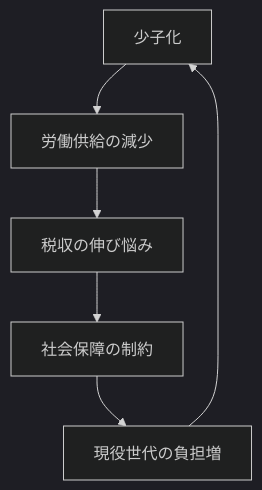
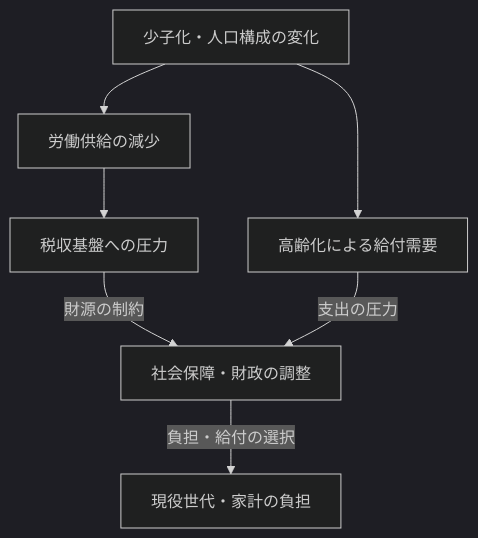
One commit to daylight55/research changed the diagram in articles/report/japan-fiscal-welfare-demographics/ja/index.mdx. Above: the diagram before and after it, drawn with Mermaid (dark theme). The commit also changed 181 other files, not shown here.

First line of the commit message:
全記事の図解368点を再生成し、共通注意書きを削除 (#402)

````diff
--- a/articles/report/japan-fiscal-welfare-demographics/ja/index.mdx
+++ b/articles/report/japan-fiscal-welfare-demographics/ja/index.mdx
@@ -36,8 +36,17 @@
 ```mermaid
 flowchart TD
-  A["少子化"] --> B["労働供給の減少"]
-  B --> C["税収の伸び悩み"]
-  C --> D["社会保障の制約"]
-  D --> E["現役世代の負担増"]
-  E --> A
+  accTitle: 人口変化が税・社会保障・家計へ及ぼす圧力
+  accDescr: 労働供給と税収基盤、高齢化に伴う給付、現役世代の負担を分けて読む。少子化の原因を負担だけに還元しない。
+  N0["少子化・人口構成の変化"]
+  N1["労働供給の減少"]
+  N2["税収基盤への圧力"]
+  N3["高齢化による給付需要"]
+  N4["社会保障・財政の調整"]
+  N5["現役世代・家計の負担"]
+  N0 --> N1
+  N1 --> N2
+  N0 --> N3
+  N2 -->|財源の制約| N4
+  N3 -->|支出の圧力| N4
+  N4 -->|負担・給付の選択| N5
 ```
````
